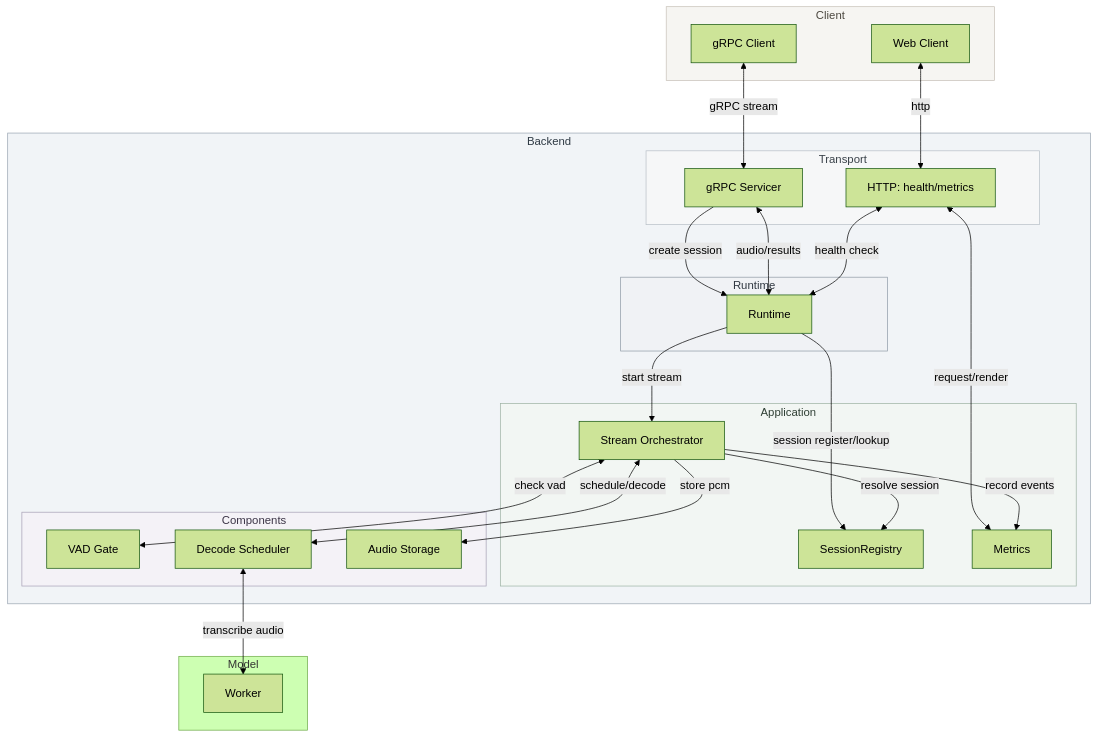
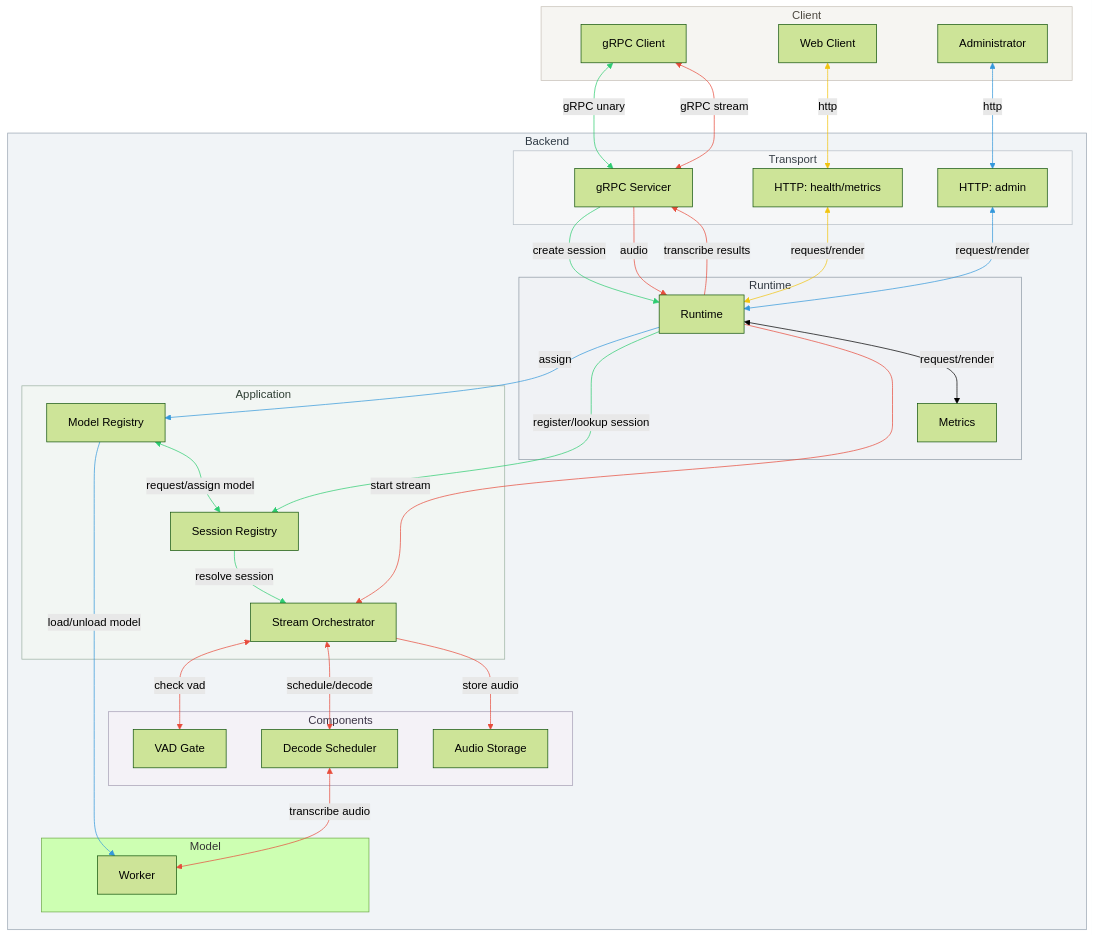
One commit to brightleeh/whisper-streaming-stt-server changed the diagram in README.md. Above: the diagram before and after it, drawn with Mermaid (forest theme). The commit also changed other lines of this file and 5 other files, not shown here.

````diff
--- a/README.md
+++ b/README.md
@@ -11,58 +11,74 @@
 ```mermaid
 flowchart TD
   subgraph Client[Client]
     GrpcClient[gRPC Client]
     WebClient[Web Client]
+    Administrator[Administrator]
   end
 
   subgraph Backend[Backend]
     subgraph Transport[Transport]
       Servicer[gRPC Servicer]
-      Http[HTTP: health/metrics]
+      HttpClient[HTTP: health/metrics]
+      HttpAdmin[HTTP: admin]
     end
 
 		subgraph RuntimeWrap[Runtime]
 	    Runtime[Runtime]
+      Metrics[Metrics]
 	  end
 
     subgraph Application[Application]
-      Registry[SessionRegistry]
+      SessionRegistry[Session Registry]
+      ModelRegistry[Model Registry]
       Orchestrator[Stream Orchestrator]
-      Metrics[Metrics]
     end
 
     subgraph Components[Components]
       VAD[VAD Gate]
       Decode[Decode Scheduler]
       Store[Audio Storage]
     end
 
-    Servicer -->|create session| Runtime
-    Runtime -->|session register/lookup| Registry
-    Servicer <-->|audio/results| Runtime
-    Runtime -->|start stream| Orchestrator
-    Http <-->|health check| Runtime
-    Http <-->|request/render| Metrics
-
-    Orchestrator -->|resolve session| Registry
-    Orchestrator <-->|check vad| VAD
-    Orchestrator <-->|schedule/decode| Decode
-    Orchestrator -->|store pcm| Store
-    Orchestrator -->|record events| Metrics
+    subgraph Model[Model]
+	    Worker[Worker]
+	  end
   end
 
-  subgraph Model[Model]
-    Worker[Worker]
-  end
+Administrator <-->|http| HttpAdmin
+HttpAdmin <-->|request/render| Runtime
+Runtime -->|assign| ModelRegistry
+ModelRegistry -->|load/unload model| Worker
 
-  Decode <-->|transcribe audio| Worker
-  GrpcClient <-->|gRPC stream| Servicer
-  WebClient <-->|http| Http
+WebClient <-->|http| HttpClient
+HttpClient <-->|request/render| Runtime
+
+GrpcClient <-->|gRPC unary| Servicer
+Servicer -->|create session| Runtime
+Runtime -->|register/lookup session| SessionRegistry
+SessionRegistry -->|resolve session| Orchestrator
+ModelRegistry <-->|request/assign model| SessionRegistry
+
+GrpcClient <-->|gRPC stream| Servicer
+Servicer -->|audio| Runtime
+Runtime -->|transcribe results| Servicer
+Runtime -->|start stream| Orchestrator
+Orchestrator <-->|check vad| VAD
+Orchestrator <-->|schedule/decode| Decode
+Orchestrator -->|store audio| Store
+Decode <-->|transcribe audio| Worker
+
+Runtime <-->|request/render| Metrics
 
 style Client fill:#f6f5f2,stroke:#c8c1b8,stroke-width:1px,color:#4b473f
 style Backend fill:#f1f4f7,stroke:#9aa6b2,stroke-width:1px,color:#2f3a44
 style Application fill:#f2f6f3,stroke:#9db2a3,stroke-width:1px,color:#2f3f34
 style Components fill:#f4f2f7,stroke:#a7a0b5,stroke-width:1px,color:#3b3446
 style Transport fill:#f6f7f8,stroke:#b8c0c8,stroke-width:1px,color:#3a424a
 style RuntimeWrap fill:#f0f2f5,stroke:#8f9aa6,stroke-width:1px,color:#2f3740
+
+linkStyle 0,1,2,3 stroke:#3498db,stroke-width:1px;
+linkStyle 4,5 stroke:#f1c40f,stroke-width:1px;
+linkStyle 6,7,8,9,10 stroke:#2ecc71,stroke-width:1px;
+linkStyle 11,12,13,14,15,16,17,18 stroke:#e74c3c,stroke-width:1px;
 ```
````
